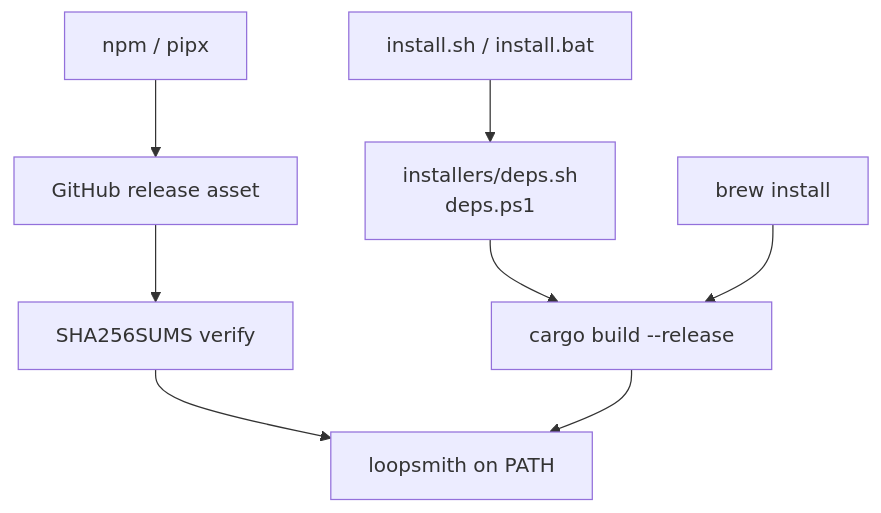
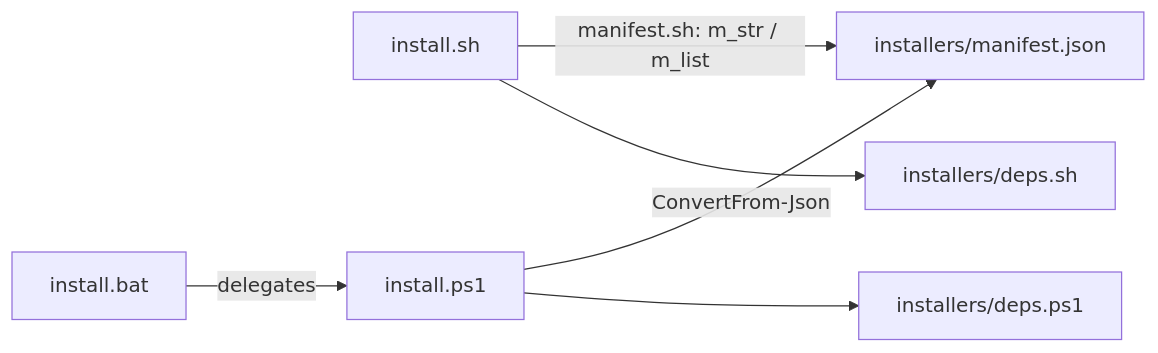
Before and after one commit to bitphill/loopsmith: the first of 2 diagrams in wiki/distribution-installers.md, drawn with Mermaid. The commit also changed other lines of this file and 5 other files, not shown here.

````diff
--- a/wiki/distribution-installers.md
+++ b/wiki/distribution-installers.md
@@ -16,10 +25,9 @@
 ```mermaid
-flowchart TD
-    A[install.sh / install.bat] --> D[installers/deps.sh<br/>deps.ps1]
-    D --> E[cargo build --release]
-    B[brew install] --> E
-    C[npm / pipx] --> F[GitHub release asset]
-    F --> G[SHA256SUMS verify]
-    G --> H[loopsmith on PATH]
-    E --> H
+graph LR
+  M[installers/manifest.json]
+  SH[install.sh] -->|manifest.sh: m_str / m_list| M
+  PS[install.ps1] -->|ConvertFrom-Json| M
+  BAT[install.bat] -->|delegates| PS
+  SH --> DSH[installers/deps.sh]
+  PS --> DPS[installers/deps.ps1]
 ```
````
